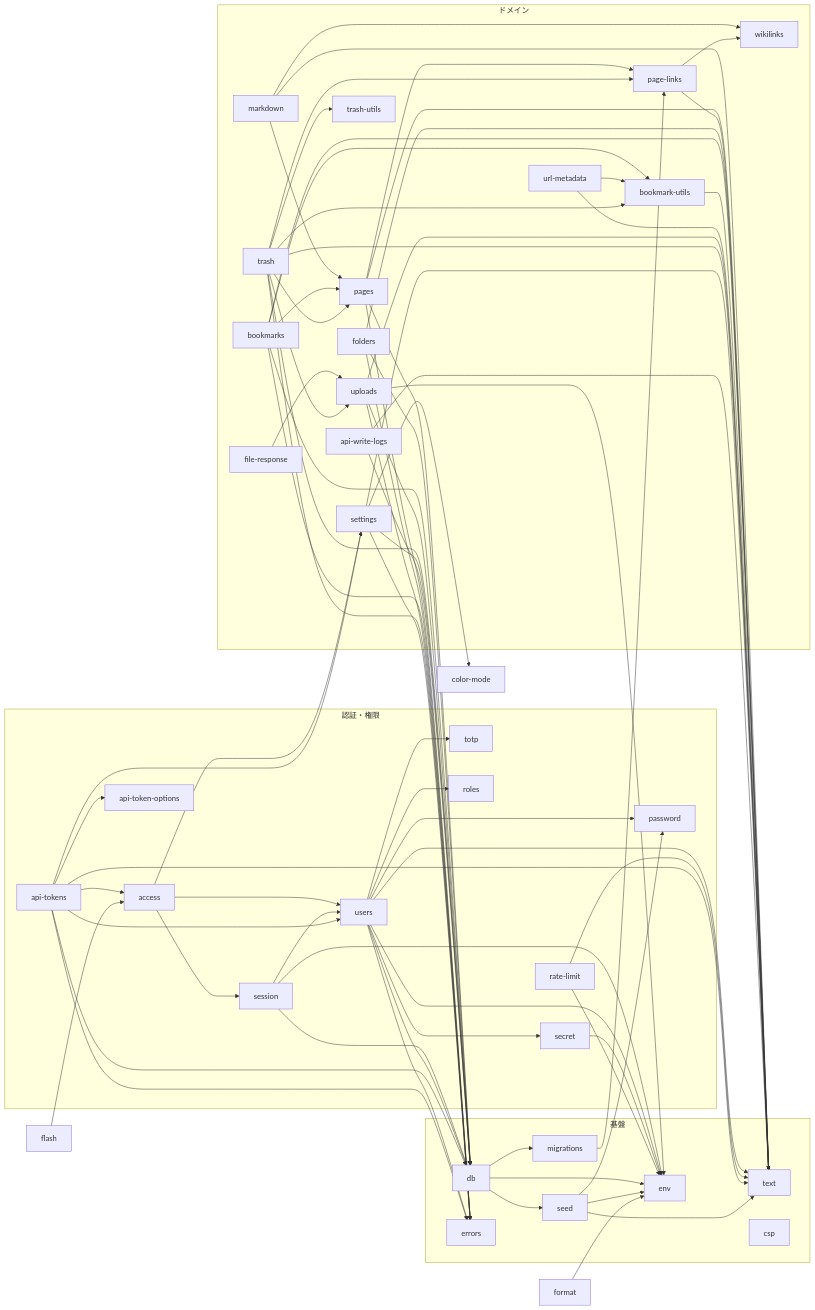
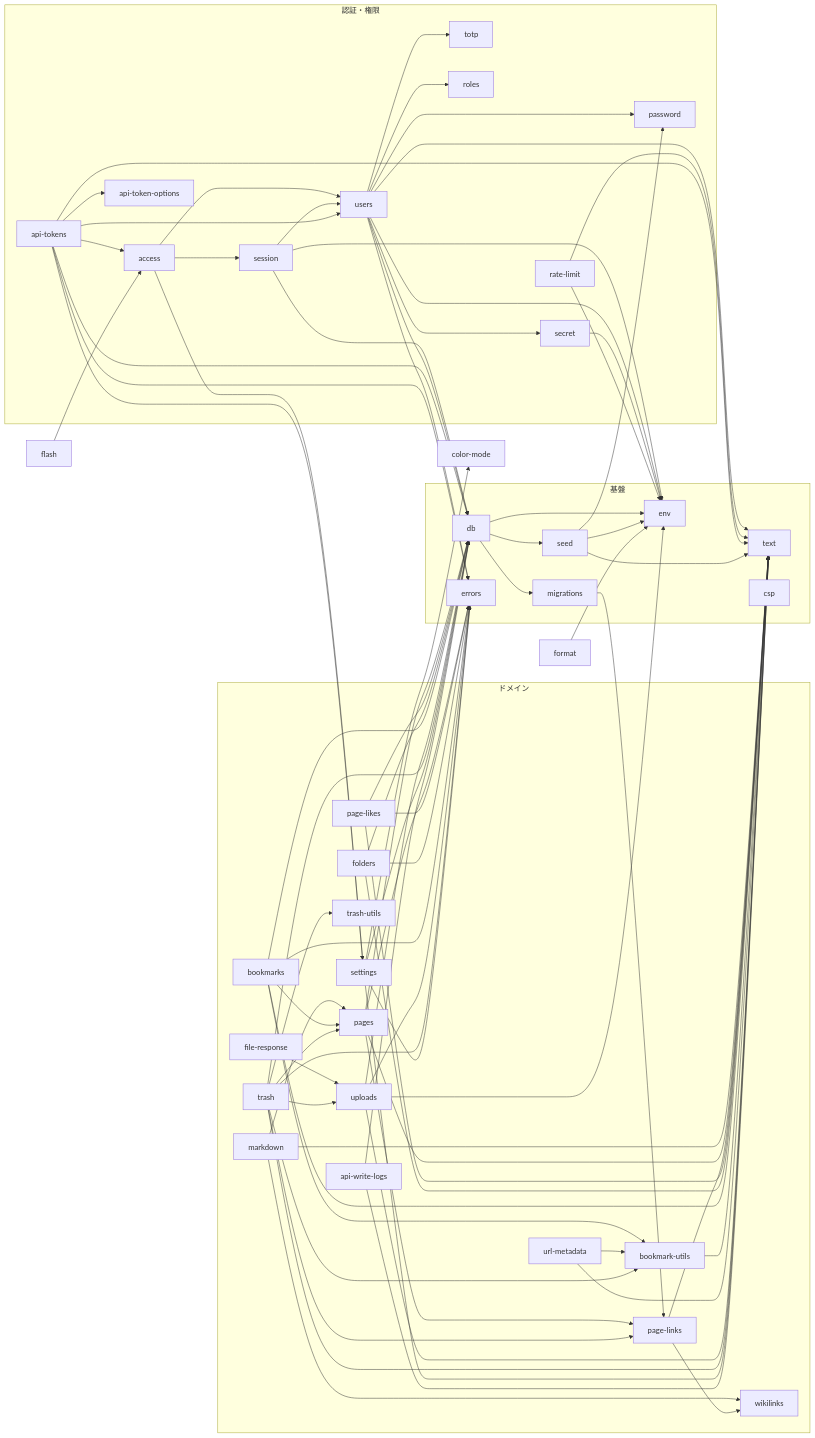
Before and after one commit to jobjohn/test-wiki: the second of 3 diagrams in docs/module-structure.md, drawn with Mermaid. The commit also changed other lines of this file and 13 other files, not shown here.

````diff
--- a/docs/module-structure.md
+++ b/docs/module-structure.md
@@ -46,68 +46,70 @@
 ```mermaid
 flowchart LR
   subgraph auth["認証・権限"]
     access
     session
     users
     password
     totp
     secret
     roles
     rate-limit
     api-tokens
     api-token-options
   end
 
   subgraph domain["ドメイン"]
     pages
     page-links
+    page-likes
     folders
     bookmarks
     bookmark-utils
     url-metadata
     uploads
     file-response
     trash
     trash-utils
     settings
     markdown
     wikilinks
     api-write-logs
   end
 
   subgraph infra["基盤"]
     db
     migrations
     seed
     env
     errors
     text
     csp
   end
 
   access --> session & settings & users
   session --> db & env & users
   users --> db & env & errors & password & roles & secret & text & totp
   secret --> env
   rate-limit --> env & text
   api-tokens --> access & api-token-options & db & errors & settings & text & users
   flash --> access
 
   markdown --> pages & text & wikilinks
   pages --> db & errors & page-links & text
   page-links --> text & wikilinks
+  page-likes --> db & errors & text
   folders --> db & errors & text
   bookmarks --> bookmark-utils & db & errors & pages & text
   bookmark-utils --> text
   url-metadata --> bookmark-utils & text
   uploads --> db & env & errors & text
   file-response --> uploads
   trash --> bookmark-utils & db & errors & page-links & pages & text & trash-utils & uploads
   settings --> color-mode & db & errors & text
   api-write-logs --> db & text
 
   db --> env & migrations & seed
   migrations --> page-links
   seed --> env & password & text
   format --> env
 ```
````
